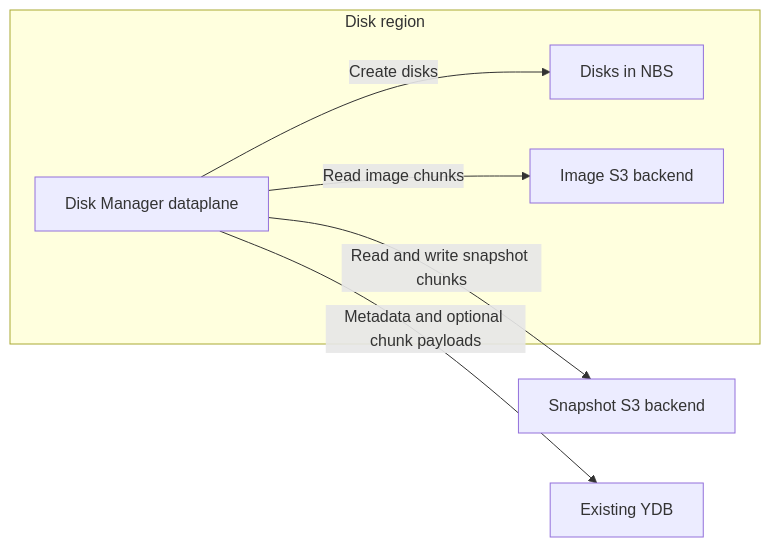
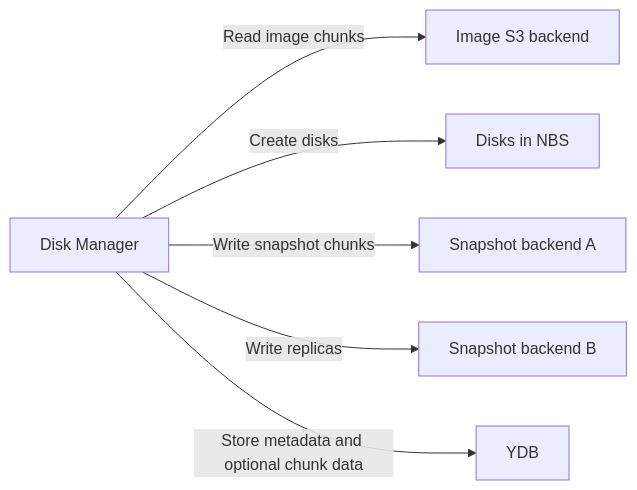
One commit to ydb-platform/nbs changed the first of 10 diagrams in doc/disk_manager/chunk_storage/design_doc.md. Above: the diagram before and after it, drawn with Mermaid. The commit also changed other lines of this file, not shown here.

````diff
--- a/doc/disk_manager/chunk_storage/design_doc.md
+++ b/doc/disk_manager/chunk_storage/design_doc.md
@@ -11,14 +11,8 @@
 ```mermaid
 flowchart LR
-    subgraph DiskRegion[Disk region]
-        DM[Disk Manager dataplane]
-        NBS[Disks in NBS]
-        Images[Image S3 backend]
-        DM -->|Read image chunks| Images
-        DM -->|Create disks| NBS
-    end
-    Snapshots[Snapshot S3 backend]
-    YDB[Existing YDB]
-    DM -->|Read and write snapshot chunks| Snapshots
-    DM -->|Metadata and optional chunk payloads| YDB
+    DM[Disk Manager] -->|Read image chunks| Images[Image S3 backend]
+    DM -->|Create disks| NBS[Disks in NBS]
+    DM -->|Write snapshot chunks| A[Snapshot backend A]
+    DM -->|Write replicas| B[Snapshot backend B]
+    DM -->|Store metadata and optional chunk data| YDB[YDB]
 ```
````
